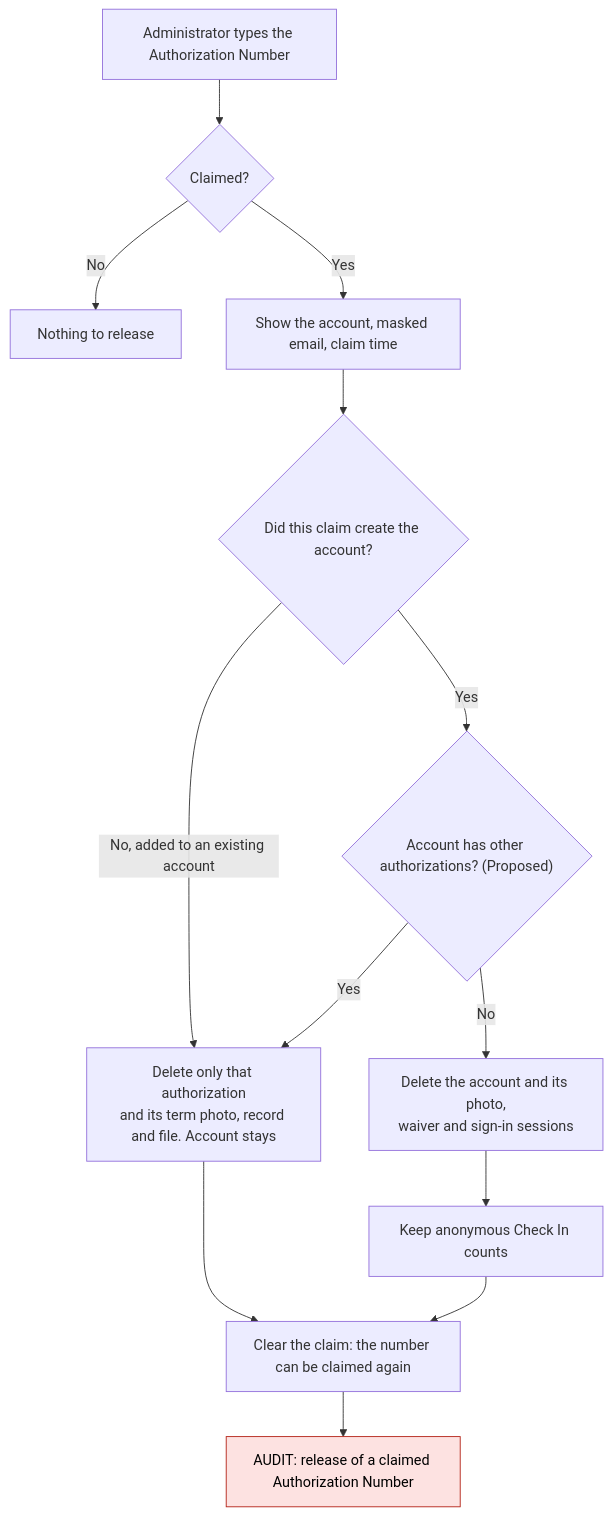
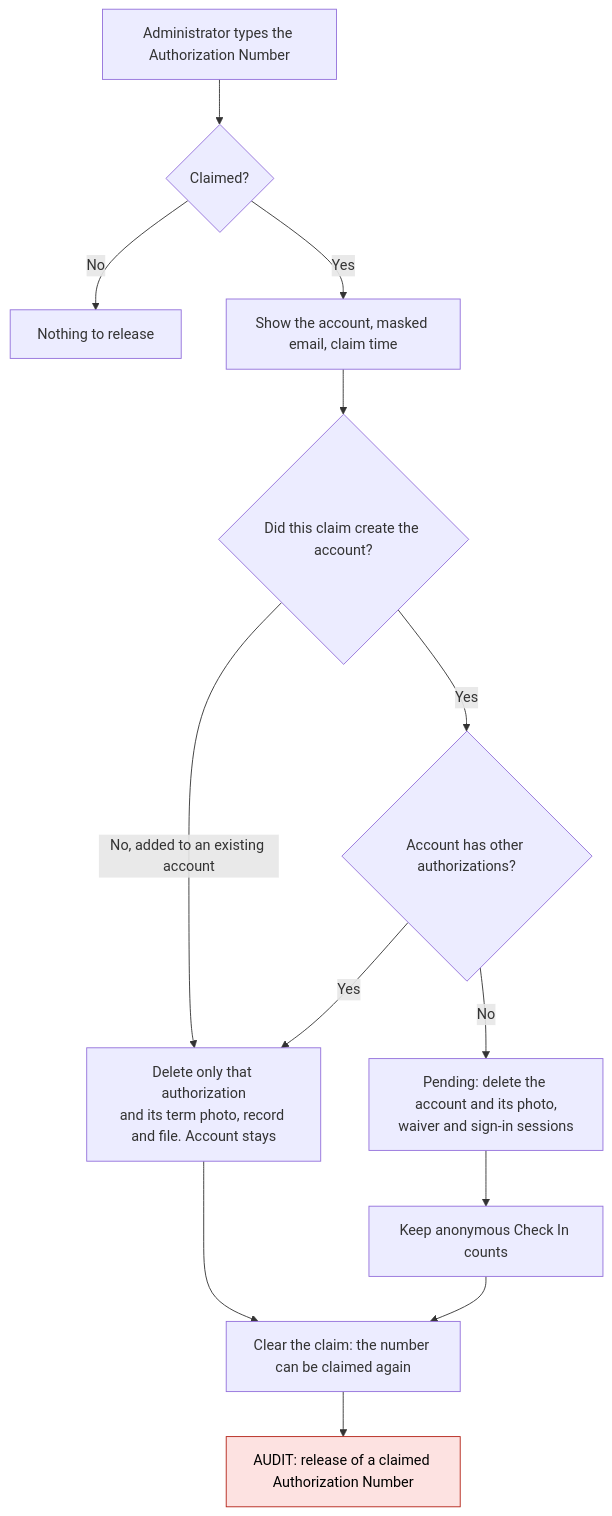
Before and after one commit to Th3-Minorities/natatorio-gym-app: diagram 13 of 17 in docs/design/admin-flows.md, drawn with Mermaid. The commit also changed other lines of this file, not shown here.

Commit message:
Apply the design review decisions to the administration flows

````diff
--- a/docs/design/admin-flows.md
+++ b/docs/design/admin-flows.md
@@ -360,18 +393,18 @@
 ```mermaid
 flowchart TD
   L0["Administrator types the Authorization Number"] --> L1{"Claimed?"}
   L1 -->|"No"| L2["Nothing to release"]
   L1 -->|"Yes"| L3["Show the account, masked email, claim time"]
   L3 --> L4{"Did this claim create the account?"}
   L4 -->|"No, added to an existing account"| L5["Delete only that authorization<br/>and its term photo, record and file. Account stays"]
-  L4 -->|"Yes"| L6{"Account has other authorizations? (Proposed)"}
+  L4 -->|"Yes"| L6{"Account has other authorizations?"}
   L6 -->|"Yes"| L5
-  L6 -->|"No"| L7["Delete the account and its photo,<br/>waiver and sign-in sessions"]
+  L6 -->|"No"| L7["Pending: delete the account and its photo,<br/>waiver and sign-in sessions"]
   L7 --> L8["Keep anonymous Check In counts"]
   L5 --> L9["Clear the claim: the number can be claimed again"]
   L8 --> L9
   L9 --> L10["AUDIT: release of a claimed Authorization Number"]
 
   classDef audit fill:#fde2e1,stroke:#b42318,color:#000
   class L10 audit
 ```
````
